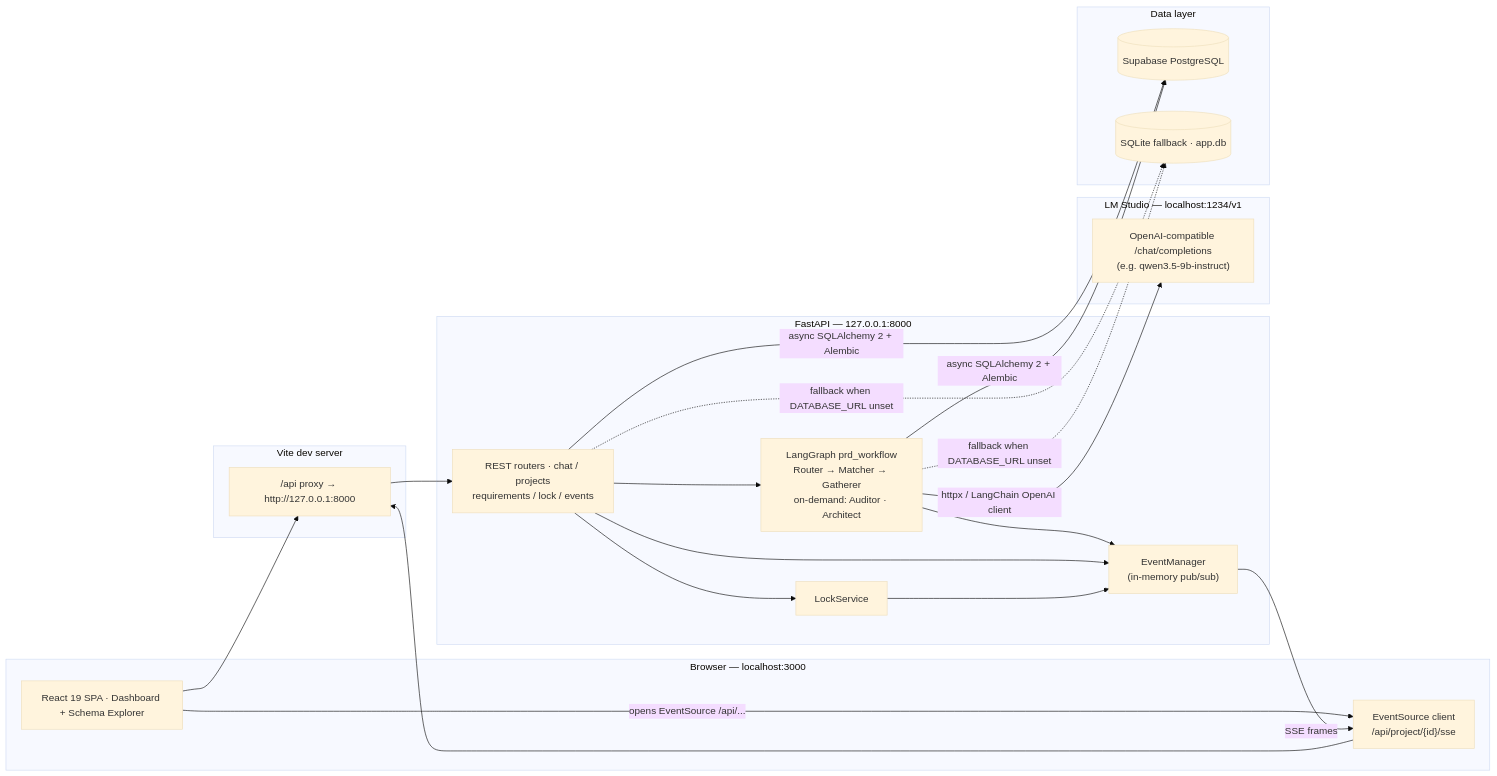
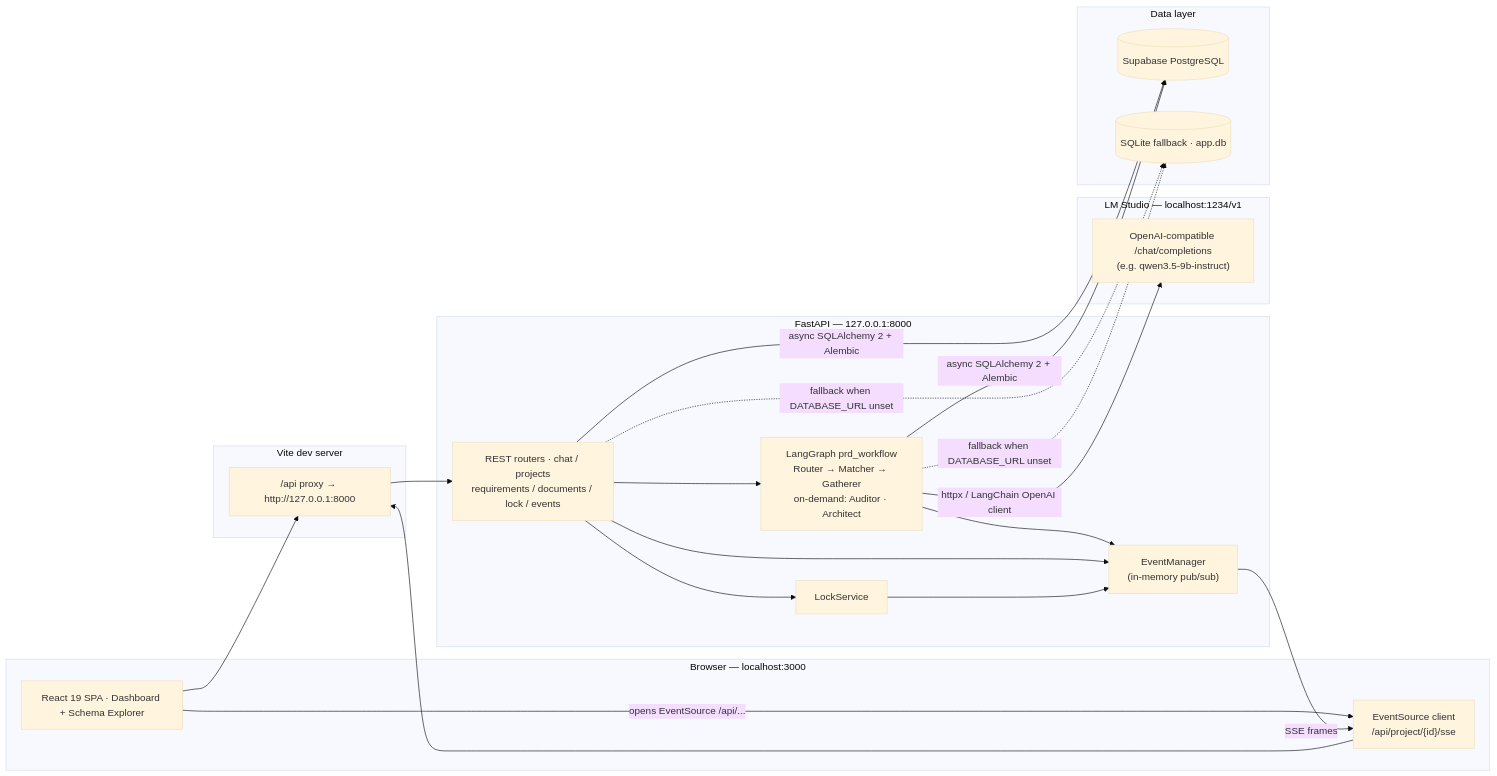
One commit to ThanyathipK/agenticdia changed the first of 2 diagrams in README.md. Above: the diagram before and after it, drawn with Mermaid (base theme). The commit also changed other lines of this file and 33 other files, not shown here.

````diff
--- a/README.md
+++ b/README.md
@@ -35,43 +39,43 @@
 ```mermaid
 flowchart LR
     subgraph Browser["Browser — localhost:3000"]
         UI["React 19 SPA · Dashboard + Schema Explorer"]
         SSE_C["EventSource client<br/>/api/project/{id}/sse"]
     end
 
     subgraph ViteDev["Vite dev server"]
         PROXY["/api proxy → http://127.0.0.1:8000"]
     end
 
     subgraph Backend["FastAPI — 127.0.0.1:8000"]
-        ROUTERS["REST routers · chat / projects<br/>requirements / lock / events"]
+        ROUTERS["REST routers · chat / projects<br/>requirements / documents / lock / events"]
         WF["LangGraph prd_workflow<br/>Router → Matcher → Gatherer<br/>on-demand: Auditor · Architect"]
         LOCKSRV["LockService"]
         ESM["EventManager<br/>(in-memory pub/sub)"]
     end
 
     subgraph LLMSrv["LM Studio — localhost:1234/v1"]
         MODEL["OpenAI-compatible /chat/completions<br/>(e.g. qwen3.5-9b-instruct)"]
     end
 
     subgraph Data["Data layer"]
         PG[("Supabase PostgreSQL")]
         SQLITE[("SQLite fallback · app.db")]
     end
 
     UI --> PROXY
     UI -->|"opens EventSource /api/..."| SSE_C
     SSE_C --> PROXY
     PROXY --> ROUTERS
     ROUTERS --> WF
     ROUTERS --> LOCKSRV
     WF --> ESM
     ROUTERS --> ESM
     LOCKSRV --> ESM
     ESM -->|"SSE frames"| SSE_C
     WF -->|"httpx / LangChain OpenAI client"| MODEL
     ROUTERS -->|"async SQLAlchemy 2 + Alembic"| PG
     WF -->|"async SQLAlchemy 2 + Alembic"| PG
     ROUTERS -.->|"fallback when DATABASE_URL unset"| SQLITE
     WF -.->|"fallback when DATABASE_URL unset"| SQLITE
 ```
````
